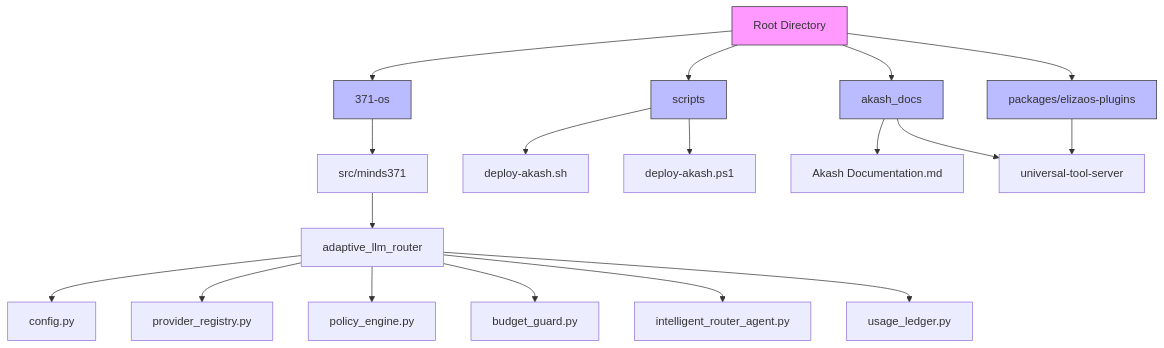
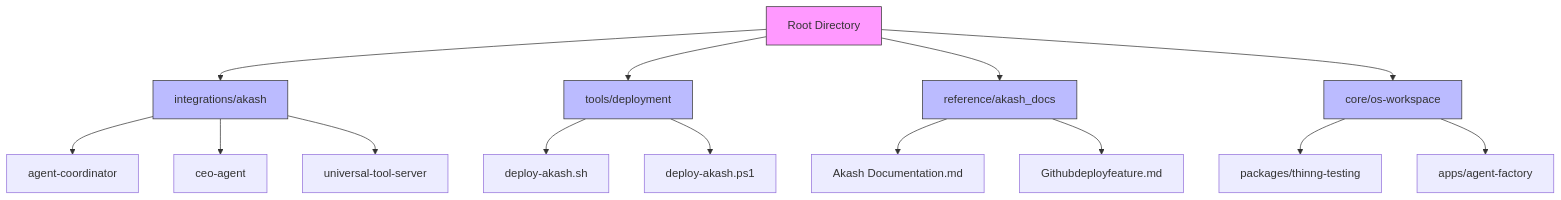
Before and after one commit to 371-Minds/os: the first of 4 diagrams in .qoder/repowiki/en/content/Deployment Guide/Akash Network Deployment.md, drawn with Mermaid. The commit also changed other lines of this file and 7 other files, not shown here.

````diff
--- a/.qoder/repowiki/en/content/Deployment Guide/Akash Network Deployment.md
+++ b/.qoder/repowiki/en/content/Deployment Guide/Akash Network Deployment.md
@@ -47,25 +46,21 @@
 ```mermaid
 graph TD
-A[Root Directory] --> B[371-os]
-A --> C[scripts]
-A --> D[akash_docs]
-A --> E[packages/elizaos-plugins]
-B --> F[src/minds371]
-F --> G[adaptive_llm_router]
-G --> H[config.py]
-G --> I[provider_registry.py]
-G --> J[policy_engine.py]
-G --> K[budget_guard.py]
-G --> L[intelligent_router_agent.py]
-G --> M[usage_ledger.py]
-C --> N[deploy-akash.sh]
-C --> O[deploy-akash.ps1]
-D --> P[Akash Documentation.md]
-D --> Q[Githubdeployfeature.md]
-E --> Q[universal-tool-server]
+A[Root Directory] --> B[integrations/akash]
+A --> C[tools/deployment]
+A --> D[reference/akash_docs]
+A --> E[core/os-workspace]
+B --> F[agent-coordinator]
+B --> G[ceo-agent]
+B --> H[universal-tool-server]
+C --> I[deploy-akash.sh]
+C --> J[deploy-akash.ps1]
+D --> K[Akash Documentation.md]
+D --> L[Githubdeployfeature.md]
+E --> M[packages/thinng-testing]
+E --> N[apps/agent-factory]
 style A fill:#f9f,stroke:#333
 style B fill:#bbf,stroke:#333
 style C fill:#bbf,stroke:#333
 style D fill:#bbf,stroke:#333
 style E fill:#bbf,stroke:#333
 ```
````
